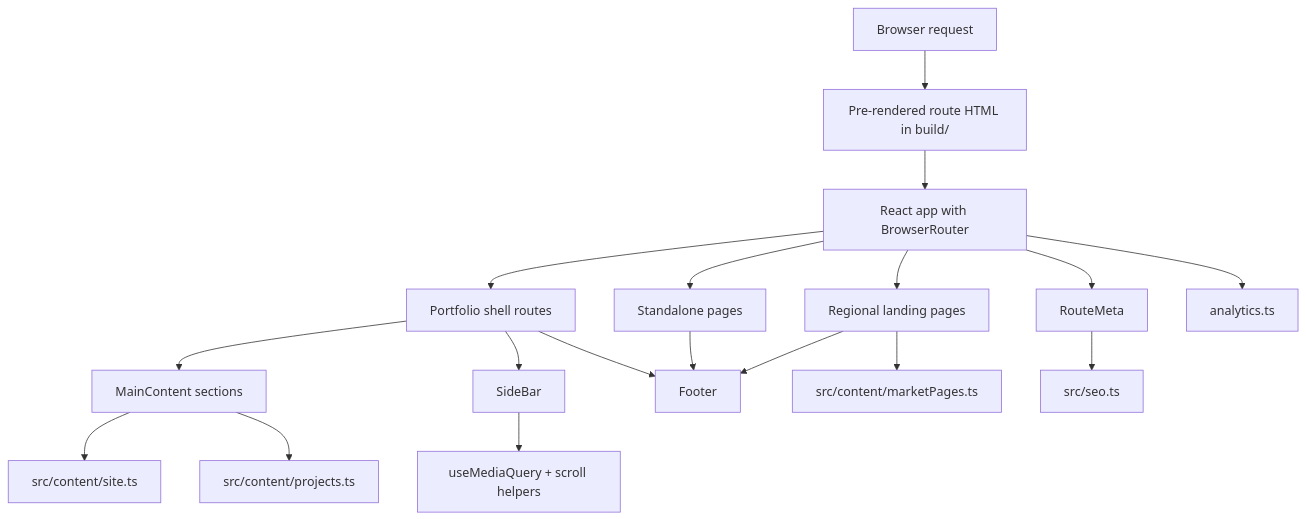
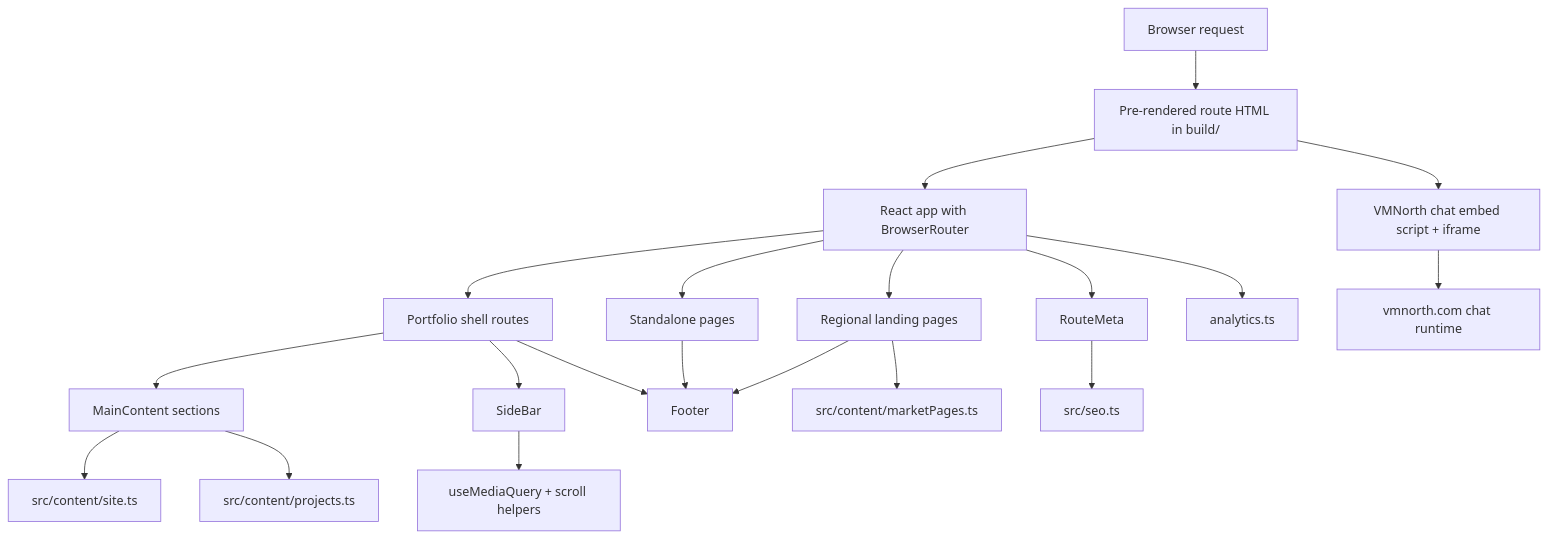
One commit to WenziLikes/Portfolio changed the diagram in docs/architecture.md. Above: the diagram before and after it, drawn with Mermaid. The commit also changed other lines of this file and 48 other files, not shown here.

````diff
--- a/docs/architecture.md
+++ b/docs/architecture.md
@@ -18,20 +21,22 @@
 ```mermaid
 flowchart TD
     A["Browser request"] --> B["Pre-rendered route HTML in build/"]
     B --> C["React app with BrowserRouter"]
     C --> D["Portfolio shell routes"]
     C --> E["Standalone pages"]
     C --> F["Regional landing pages"]
     D --> G["MainContent sections"]
     D --> H["SideBar"]
     D --> I["Footer"]
     E --> I
     F --> I
     C --> J["RouteMeta"]
     G --> K["src/content/site.ts"]
     G --> L["src/content/projects.ts"]
     F --> M["src/content/marketPages.ts"]
     J --> N["src/seo.ts"]
     H --> O["useMediaQuery + scroll helpers"]
     C --> P["analytics.ts"]
+    B --> Q["VMNorth chat embed script + iframe"]
+    Q --> R["vmnorth.com chat runtime"]
 ```
````
